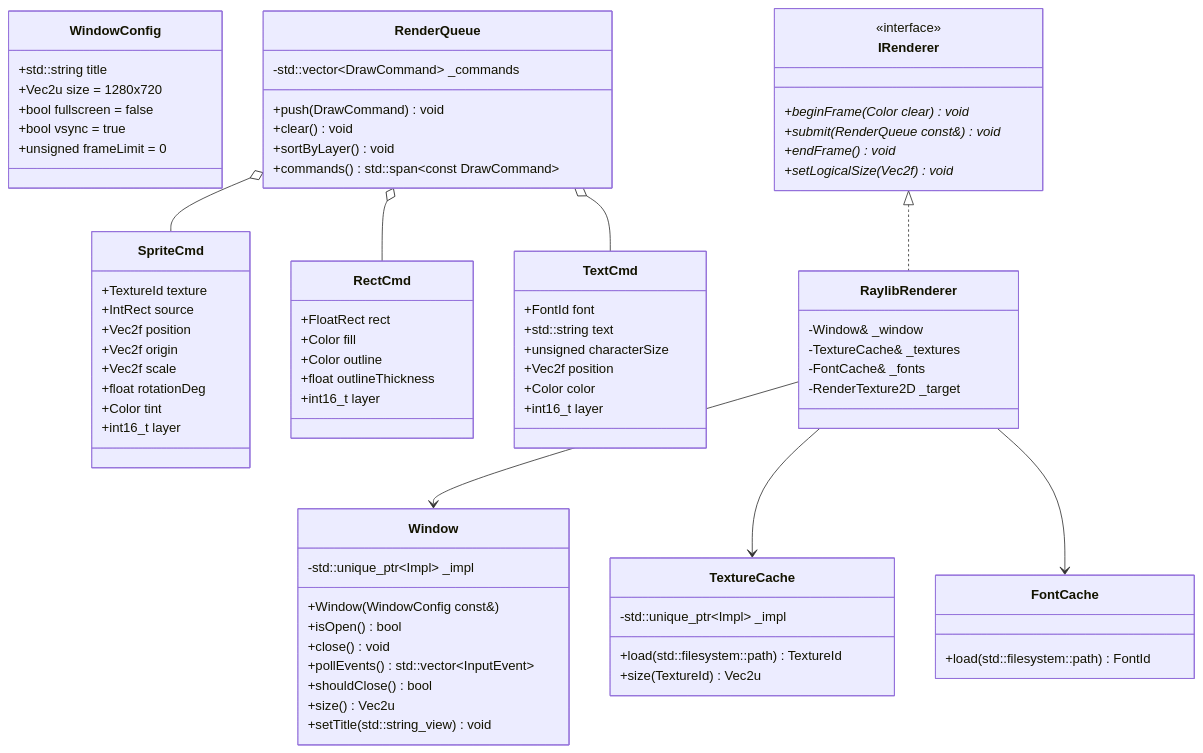
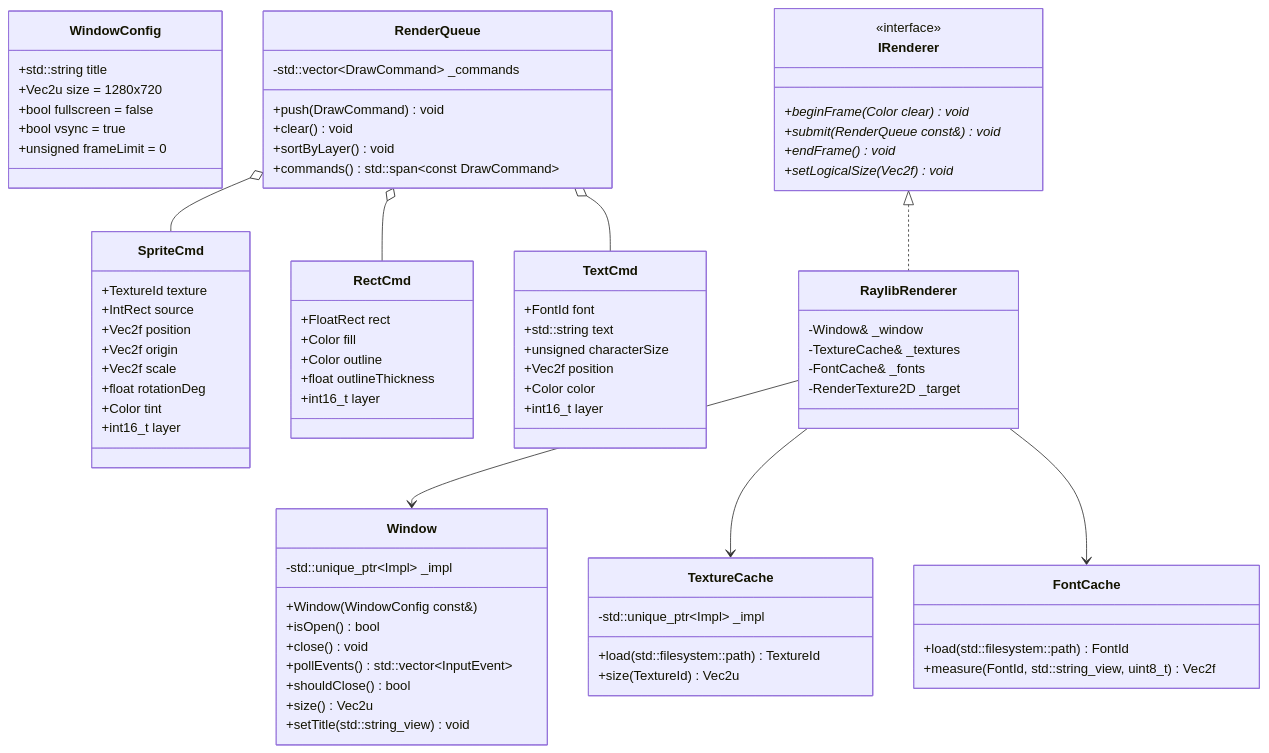
Before and after one commit to janumaruku/r-type: the fourth of 6 diagrams in docs/modules/engine.md, drawn with Mermaid. The commit also changed other lines of this file and 7 other files, not shown here.

First line of the commit message:
feat(render): Add FontCache::measure for Kollection

````diff
--- a/docs/modules/engine.md
+++ b/docs/modules/engine.md
@@ -529,80 +529,81 @@
 ```mermaid
 classDiagram
     class WindowConfig {
         +std::string title
         +Vec2u size = 1280x720
         +bool fullscreen = false
         +bool vsync = true
         +unsigned frameLimit = 0
     }
     class Window {
         -std::unique_ptr~Impl~ _impl
         +Window(WindowConfig const&)
         +isOpen() bool
         +close() void
         +pollEvents() std::vector~InputEvent~
         +shouldClose() bool
         +size() Vec2u
         +setTitle(std::string_view) void
     }
     class TextureCache {
         -std::unique_ptr~Impl~ _impl
         +load(std::filesystem::path) TextureId
         +size(TextureId) Vec2u
     }
     class FontCache {
         +load(std::filesystem::path) FontId
+        +measure(FontId, std::string_view, uint8_t) Vec2f
     }
     class SpriteCmd {
         +TextureId texture
         +IntRect source
         +Vec2f position
         +Vec2f origin
         +Vec2f scale
         +float rotationDeg
         +Color tint
         +int16_t layer
     }
     class RectCmd {
         +FloatRect rect
         +Color fill
         +Color outline
         +float outlineThickness
         +int16_t layer
     }
     class TextCmd {
         +FontId font
         +std::string text
         +unsigned characterSize
         +Vec2f position
         +Color color
         +int16_t layer
     }
     class RenderQueue {
         -std::vector~DrawCommand~ _commands
         +push(DrawCommand) void
         +clear() void
         +sortByLayer() void
         +commands() std::span~const DrawCommand~
     }
     class IRenderer {
         <<interface>>
         +beginFrame(Color clear)* void
         +submit(RenderQueue const&)* void
         +endFrame()* void
         +setLogicalSize(Vec2f)* void
     }
     class RaylibRenderer {
         -Window& _window
         -TextureCache& _textures
         -FontCache& _fonts
         -RenderTexture2D _target
     }
     IRenderer <|.. RaylibRenderer
     RaylibRenderer --> Window
     RaylibRenderer --> TextureCache
     RaylibRenderer --> FontCache
     RenderQueue o-- SpriteCmd
     RenderQueue o-- RectCmd
     RenderQueue o-- TextCmd
 ```
````
